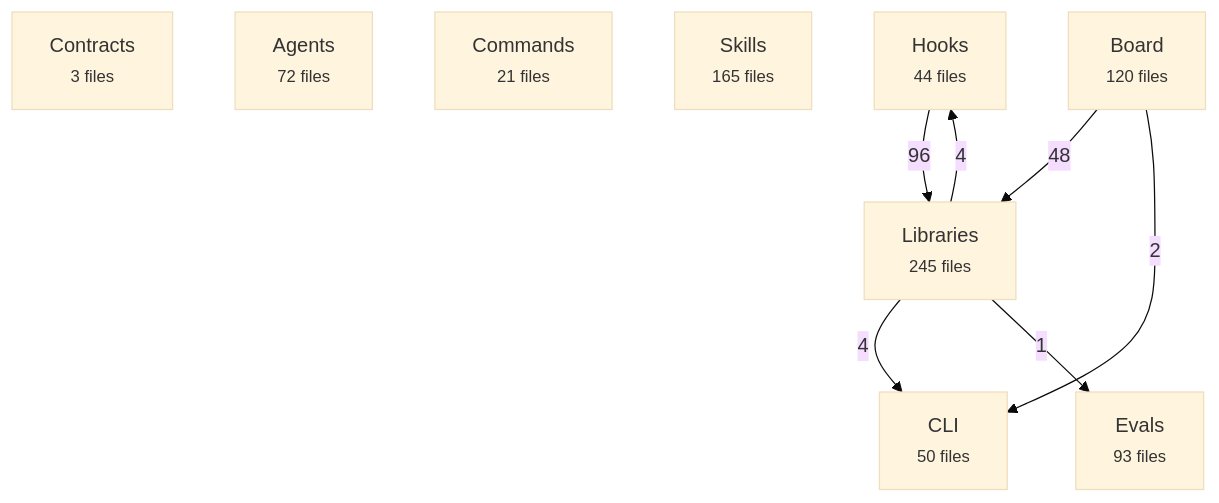
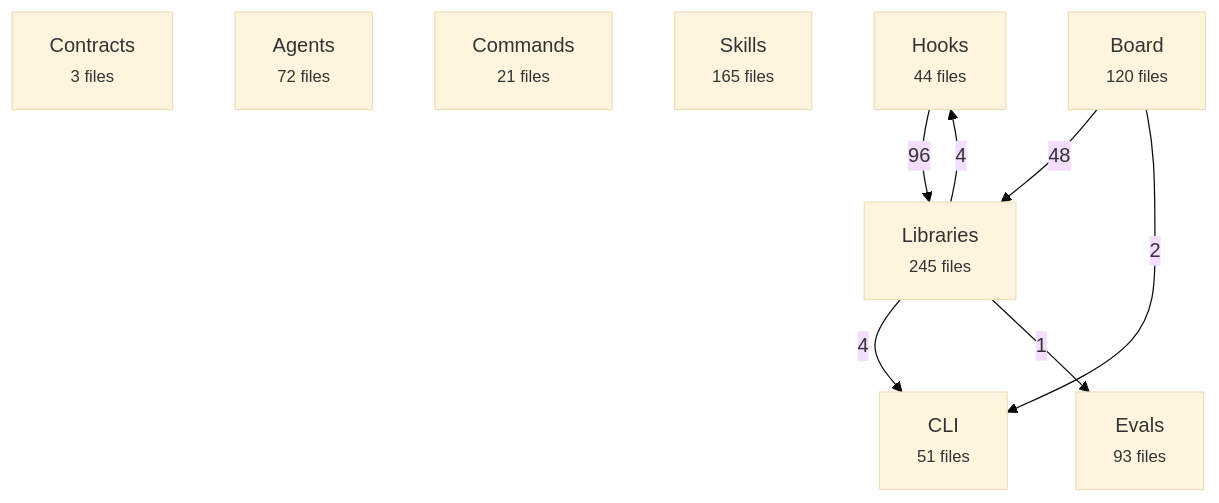
Before and after one commit to avelikiy/great_cto: the first of 2 diagrams in docs/reference/architecture-map.md, drawn with Mermaid (base theme). The commit also changed other lines of this file and 7 other files, not shown here.

````diff
--- a/docs/reference/architecture-map.md
+++ b/docs/reference/architecture-map.md
@@ -20,18 +20,18 @@
 ```mermaid
 flowchart TD
   contracts["Contracts<br/><small>3 files</small>"]
   agents["Agents<br/><small>72 files</small>"]
   commands["Commands<br/><small>21 files</small>"]
   skills["Skills<br/><small>165 files</small>"]
   hooks["Hooks<br/><small>44 files</small>"]
   libs["Libraries<br/><small>245 files</small>"]
   board["Board<br/><small>120 files</small>"]
-  cli["CLI<br/><small>50 files</small>"]
+  cli["CLI<br/><small>51 files</small>"]
   evals["Evals<br/><small>93 files</small>"]
   hooks -->|96| libs
   board -->|48| libs
   libs -->|4| hooks
   libs -->|4| cli
   board -->|2| cli
   libs -->|1| evals
 ```
````
